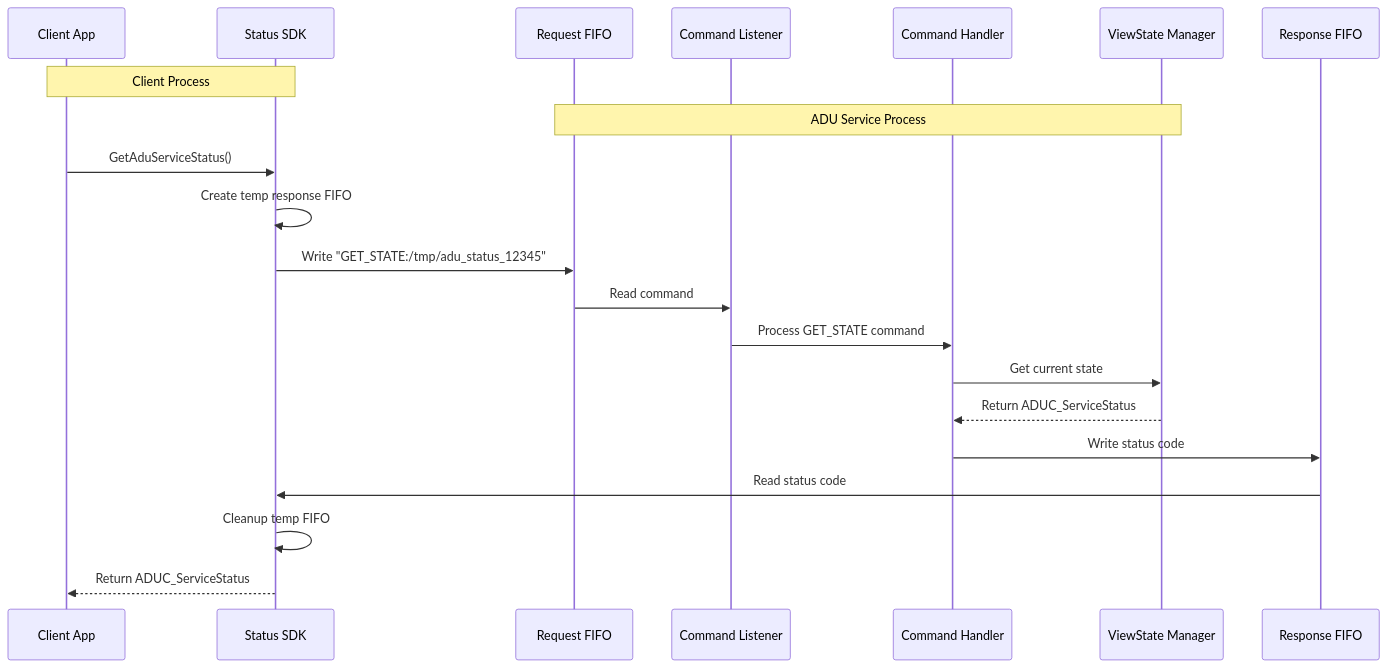
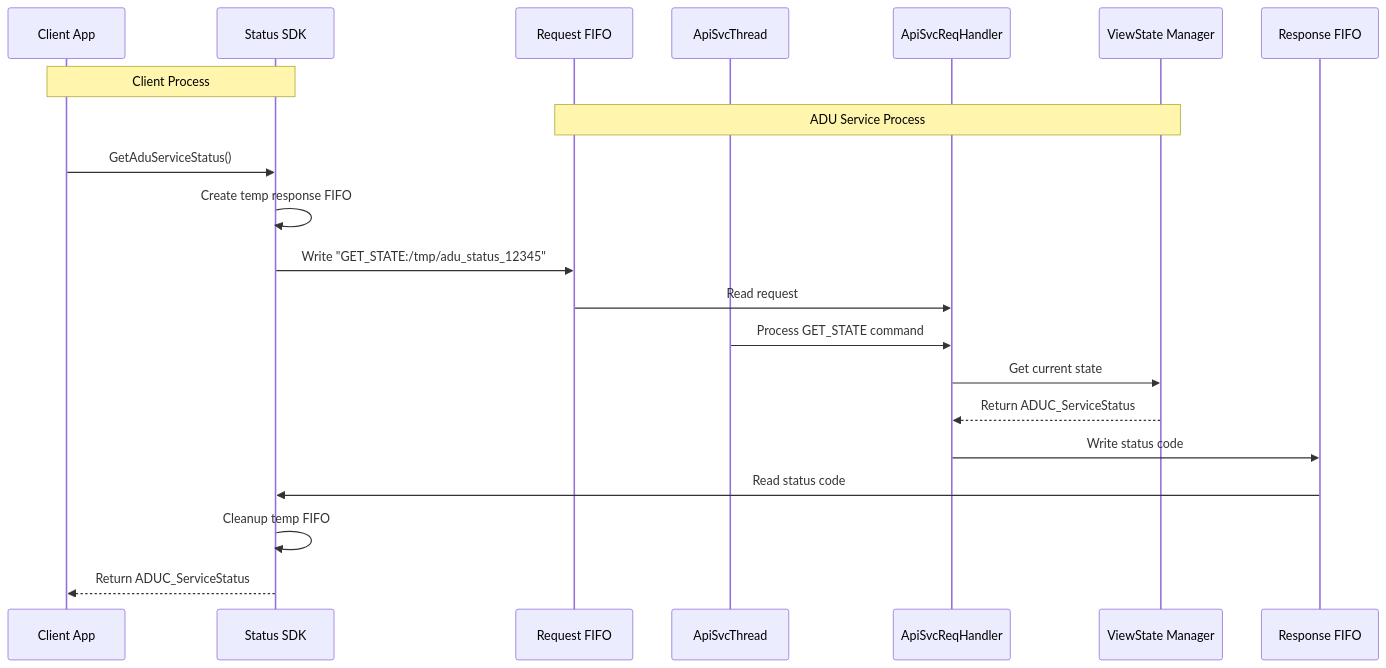
Before and after one commit to Azure/iot-hub-device-update: the first of 4 diagrams in docs/agent-reference/GetAduServiceStatus.md, drawn with Mermaid. The commit also changed other lines of this file and 7 other files, not shown here.

````diff
--- a/docs/agent-reference/GetAduServiceStatus.md
+++ b/docs/agent-reference/GetAduServiceStatus.md
@@ -192,30 +183,30 @@
 ```mermaid
 
 sequenceDiagram
     participant Client as Client App
     participant SDK as Status SDK
     participant ReqFIFO as Request FIFO
-    participant CmdListener as Command Listener
-    participant CmdHandler as Command Handler
+    participant ApiSvcThread as ApiSvcThread
+    participant ApiSvcReqHandler as ApiSvcReqHandler
     participant ViewState as ViewState Manager
     participant RespFIFO as Response FIFO
 
     Note over Client,SDK: Client Process
     Note over ReqFIFO,ViewState: ADU Service Process
 
     Client->>SDK: GetAduServiceStatus()
     SDK->>SDK: Create temp response FIFO
     SDK->>ReqFIFO: Write "GET_STATE:/tmp/adu_status_12345"
 
-    ReqFIFO->>CmdListener: Read command
-    CmdListener->>CmdHandler: Process GET_STATE command
-    CmdHandler->>ViewState: Get current state
-    ViewState-->>CmdHandler: Return ADUC_ServiceStatus
-    CmdHandler->>RespFIFO: Write status code
+    ReqFIFO->>ApiSvcReqHandler: Read request
+    ApiSvcThread->>ApiSvcReqHandler: Process GET_STATE command
+    ApiSvcReqHandler->>ViewState: Get current state
+    ViewState-->>ApiSvcReqHandler: Return ADUC_ServiceStatus
+    ApiSvcReqHandler->>RespFIFO: Write status code
 
     RespFIFO->>SDK: Read status code
     SDK->>SDK: Cleanup temp FIFO
     SDK-->>Client: Return ADUC_ServiceStatus
 
 
 ```
````
